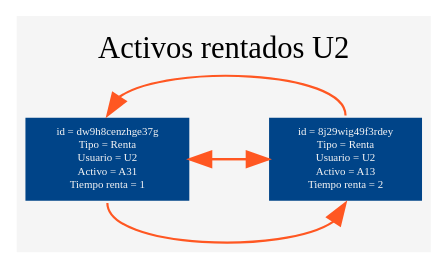
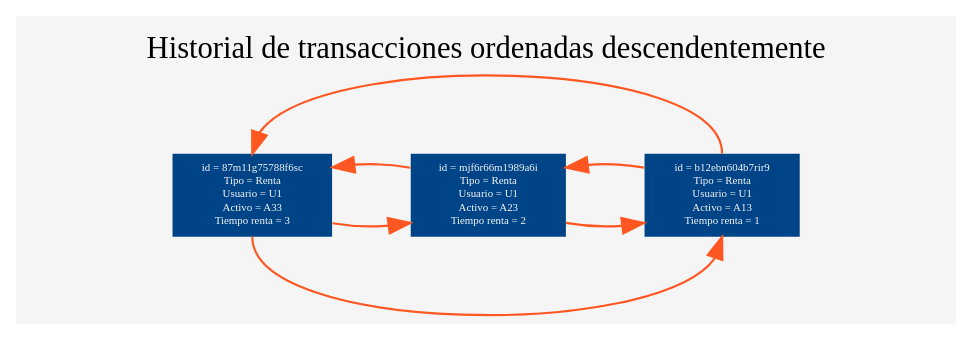
The diagram in cmake-build-debug/aux_grafico.dot (HerberthReyes07/EDD_EVD24_P1), drawn with Graphviz before and after one commit. The commit also changed 27 other files, not shown here.

```diff
--- a/cmake-build-debug/aux_grafico.dot
+++ b/cmake-build-debug/aux_grafico.dot
@@ -1,15 +1,18 @@
 digraph G {
 bgcolor="#F5F5F5";fontcolor=black;
-label="Activos rentados U2";
+label="Historial de transacciones ordenadas descendentemente";
 labelloc="t";
 nodesep=0.5;
 node [fontsize = 5 shape=box style=filled fillcolor="#004488" fontcolor="#F5F5F5" color=transparent];
 edge [fontcolor=white color="#ff5722"];
-n1[label="id = dw9h8cenzhge37g\nTipo = Renta\nUsuario = U2\nActivo = A31\nTiempo renta = 1"];
-n2[label="id = 8j29wig49f3rdey\nTipo = Renta\nUsuario = U2\nActivo = A13\nTiempo renta = 2"];
+n1[label="id = 87m11g75788f6sc\nTipo = Renta\nUsuario = U1\nActivo = A33\nTiempo renta = 3"];
+n2[label="id = mjf6r66m1989a6i\nTipo = Renta\nUsuario = U1\nActivo = A23\nTiempo renta = 2"];
+n3[label="id = b12ebn604b7rir9\nTipo = Renta\nUsuario = U1\nActivo = A13\nTiempo renta = 1"];
 n1->n2;
+n2->n3;
 n2->n1;
-n2->n1[tailport=n headport=n];
-n1->n2[tailport=s headport=s];
-{ rank=same; n1; n2; }
+n3->n2;
+n3->n1[tailport=n headport=n];
+n1->n3[tailport=s headport=s];
+{ rank=same; n1; n2; n3; }
 }
```
